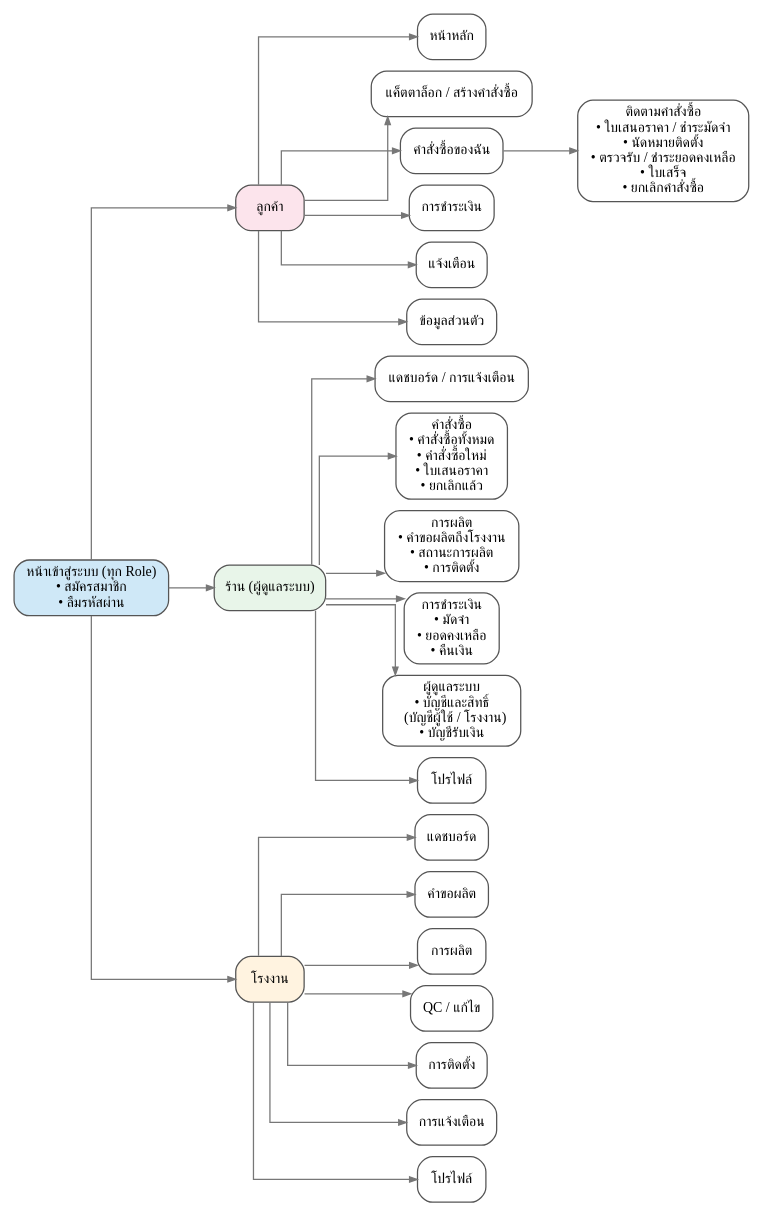
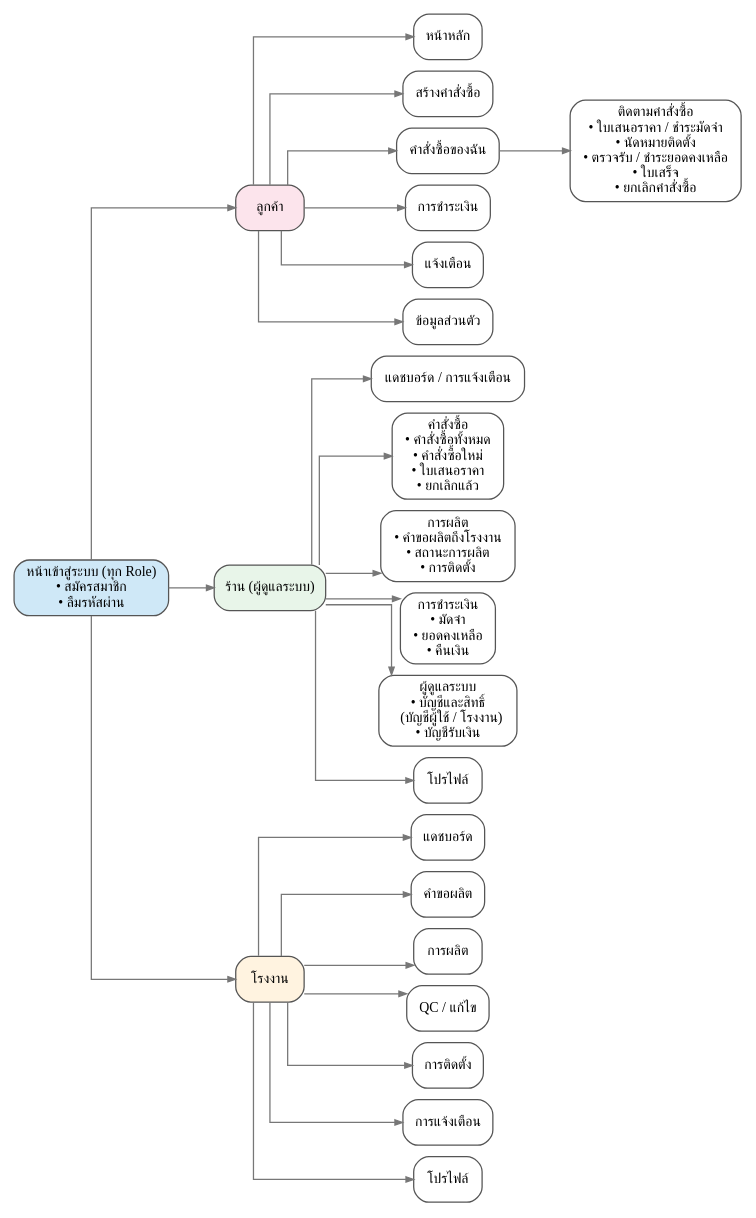
Before and after one commit to WINTERR6544/NamKheang: the diagram in SA-project/report/build/ui.dot, drawn with Graphviz. The commit also changed 5 other files, not shown here.

```diff
--- a/SA-project/report/build/ui.dot
+++ b/SA-project/report/build/ui.dot
@@ -1,21 +1,21 @@
 digraph UI {
   rankdir=LR; splines=ortho; nodesep=0.12; ranksep=0.5;
   node [shape=box, style="rounded,filled", fillcolor=white, color="#555555", fontname="Loma", fontsize=11, margin="0.12,0.05"];
   edge [color="#777777", arrowsize=0.6];
   login [label="หน้าเข้าสู่ระบบ (ทุก Role)\n• สมัครสมาชิก\n• ลืมรหัสผ่าน", fillcolor="#CFE8F7"];
   C [label="ลูกค้า", fillcolor="#FCE4EC"]; A [label="ร้าน (ผู้ดูแลระบบ)", fillcolor="#E8F5E9"]; F [label="โรงงาน", fillcolor="#FFF3E0"];
   login -> C; login -> A; login -> F;
-  c1 [label="หน้าหลัก"]; c2 [label="แค็ตตาล็อก / สร้างคำสั่งซื้อ"]; c4 [label="คำสั่งซื้อของฉัน"];
+  c1 [label="หน้าหลัก"]; c2 [label="สร้างคำสั่งซื้อ"]; c4 [label="คำสั่งซื้อของฉัน"];
   c5 [label="ติดตามคำสั่งซื้อ\n• ใบเสนอราคา / ชำระมัดจำ\n• นัดหมายติดตั้ง\n• ตรวจรับ / ชำระยอดคงเหลือ\n• ใบเสร็จ\n• ยกเลิกคำสั่งซื้อ"];
   c6 [label="การชำระเงิน"]; c7 [label="แจ้งเตือน"]; c8 [label="ข้อมูลส่วนตัว"];
   C -> {c1 c2 c4 c6 c7 c8}; c4 -> c5;
   a1 [label="แดชบอร์ด / การแจ้งเตือน"];
   a3 [label="คำสั่งซื้อ\n• คำสั่งซื้อทั้งหมด\n• คำสั่งซื้อใหม่\n• ใบเสนอราคา\n• ยกเลิกแล้ว"];
   a4 [label="การผลิต\n• คำขอผลิตถึงโรงงาน\n• สถานะการผลิต\n• การติดตั้ง"];
   a5 [label="การชำระเงิน\n• มัดจำ\n• ยอดคงเหลือ\n• คืนเงิน"];
   a6 [label="ผู้ดูแลระบบ\n• บัญชีและสิทธิ์\n   (บัญชีผู้ใช้ / โรงงาน)\n• บัญชีรับเงิน"];
   a7 [label="โปรไฟล์"];
   A -> {a1 a3 a4 a5 a6 a7};
   f1 [label="แดชบอร์ด"]; f2 [label="คำขอผลิต"]; f3 [label="การผลิต"]; f4 [label="QC / แก้ไข"]; f5 [label="การติดตั้ง"]; f6 [label="การแจ้งเตือน"]; f7 [label="โปรไฟล์"];
   F -> {f1 f2 f3 f4 f5 f6 f7};
 }
```
